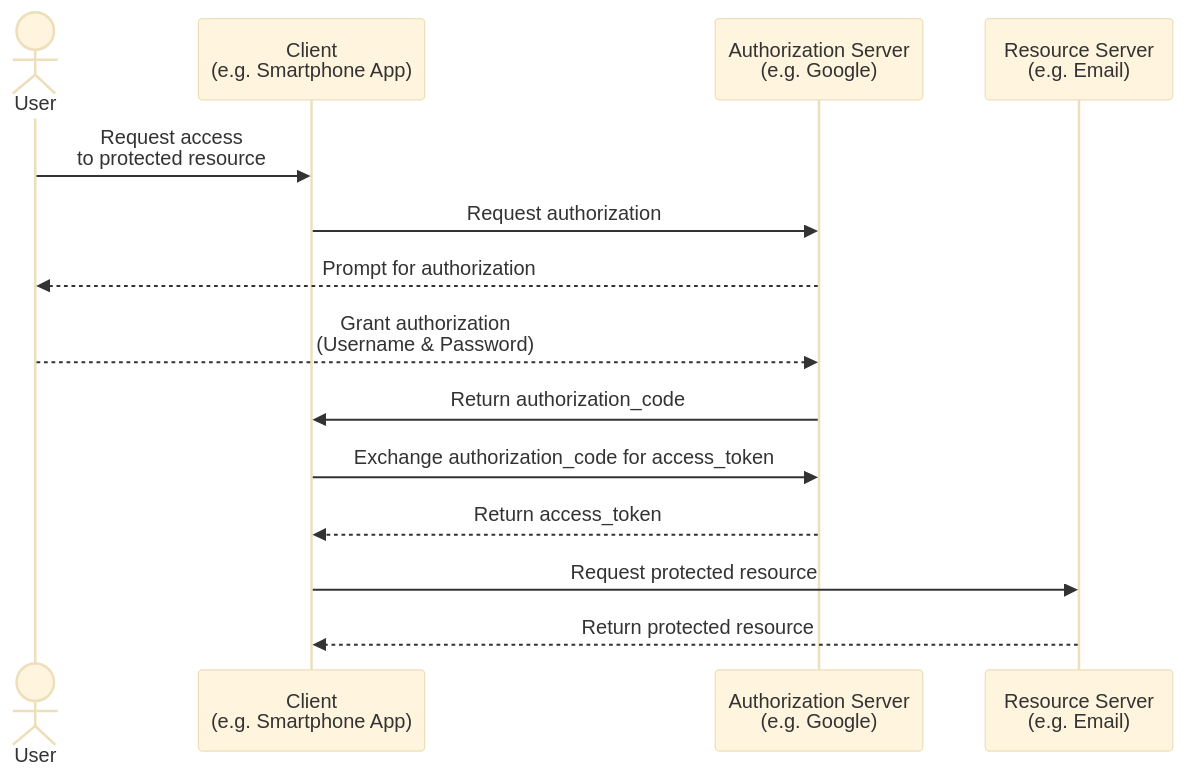
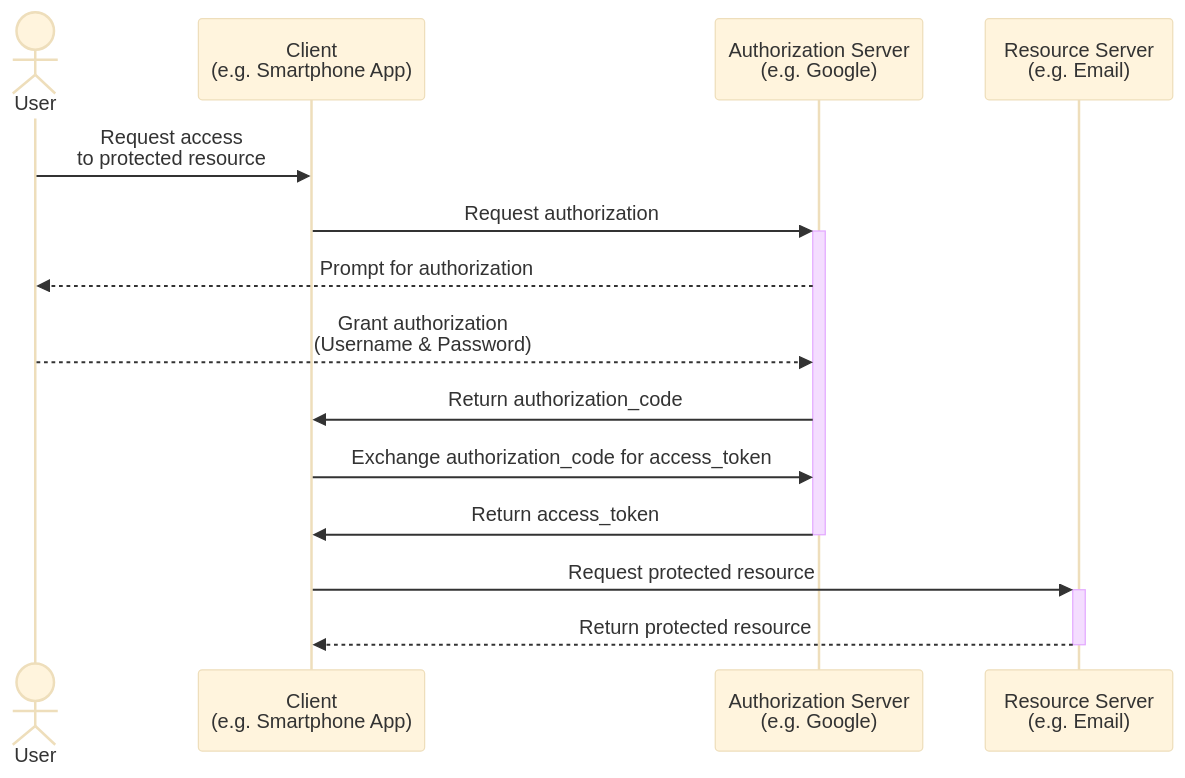
The tenth of 13 diagrams in utility/README.md (pokt-network/pocket-network-protocol), drawn with Mermaid (base theme) before and after one commit. The commit also changed other lines of this file and 1 other file, not shown here.

````diff
--- a/utility/README.md
+++ b/utility/README.md
@@ -713,17 +713,17 @@
 ```mermaid
 sequenceDiagram
     actor U as User
     participant C as Client<br>(e.g. Smartphone App)
     participant S as Authorization Server<br>(e.g. Google)
     participant R as Resource Server<br>(e.g. Email)
 
-    U->>C: Request access<br>to protected resource
-    C->>S: Request authorization
-    S-->>U: Prompt for authorization
-    U-->>S: Grant authorization<br>(Username & Password)
-    S->>C: Return authorization_code
-    C->>S: Exchange authorization_code for access_token
-    S-->>C: Return access_token
-    C->>R: Request protected resource
-    R-->>C: Return protected resource
+    U ->> C: Request access<br>to protected resource
+    C ->> +S: Request authorization
+    S -->> U: Prompt for authorization
+    U -->> S: Grant authorization<br>(Username & Password)
+    S ->> C: Return authorization_code
+    C ->> S: Exchange authorization_code for access_token
+    S ->> -C: Return access_token
+    C ->> +R: Request protected resource
+    R -->> -C: Return protected resource
 ```
````
